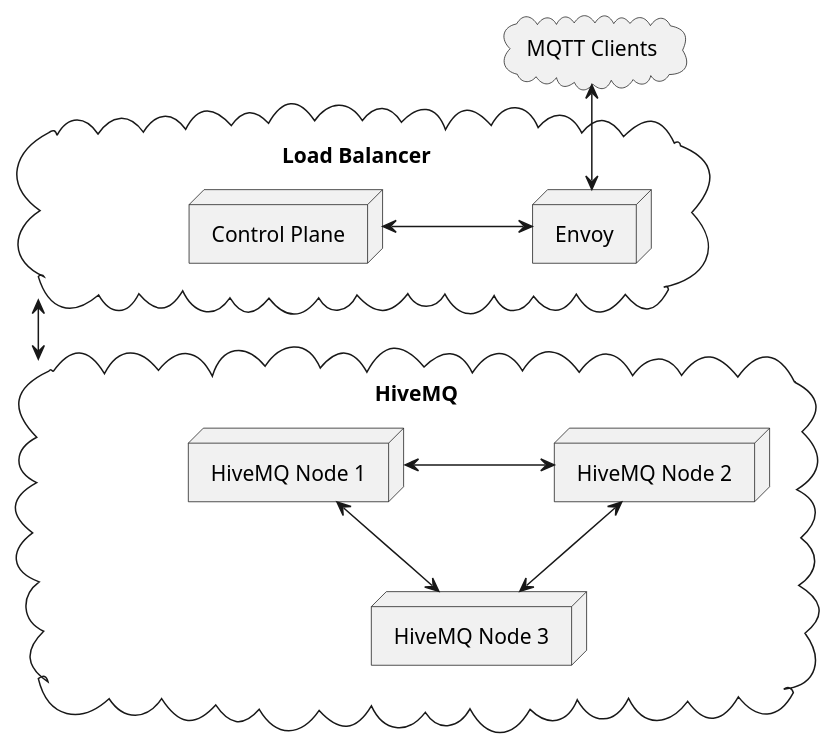
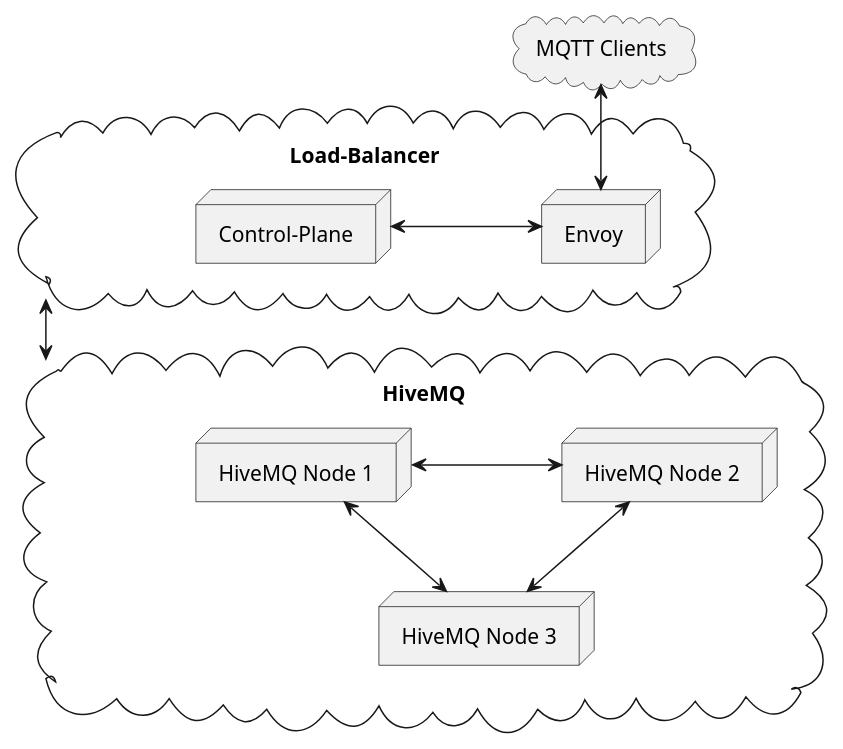
One commit to breuerfelix/bachelor-thesis changed the diagram in diagrams/deployment.pu. Above: the diagram before and after it, drawn with PlantUML. The commit also changed 7 other files, not shown here.

```diff
--- a/diagrams/deployment.pu
+++ b/diagrams/deployment.pu
@@ -1,27 +1,27 @@
 @startuml
 skinparam nodesep 100
 
 cloud HiveMQ as hq {
   node "HiveMQ Node 1" as h1
   node "HiveMQ Node 2" as h2
   node "HiveMQ Node 3" as h3
 }
 
-cloud "Load Balancer" as lb {
-  node "Control Plane" as cp
+cloud "Load-Balancer" as lb {
+  node "Control-Plane" as cp
   node "Envoy" as e
 }
 
 cloud "MQTT Clients" as c
 
 c <--> e
 
 cp <-> e
 
 lb <--> hq
 
 h1 <-> h2
 h1 <-> h3
 h2 <--> h3
 
 @enduml
```
